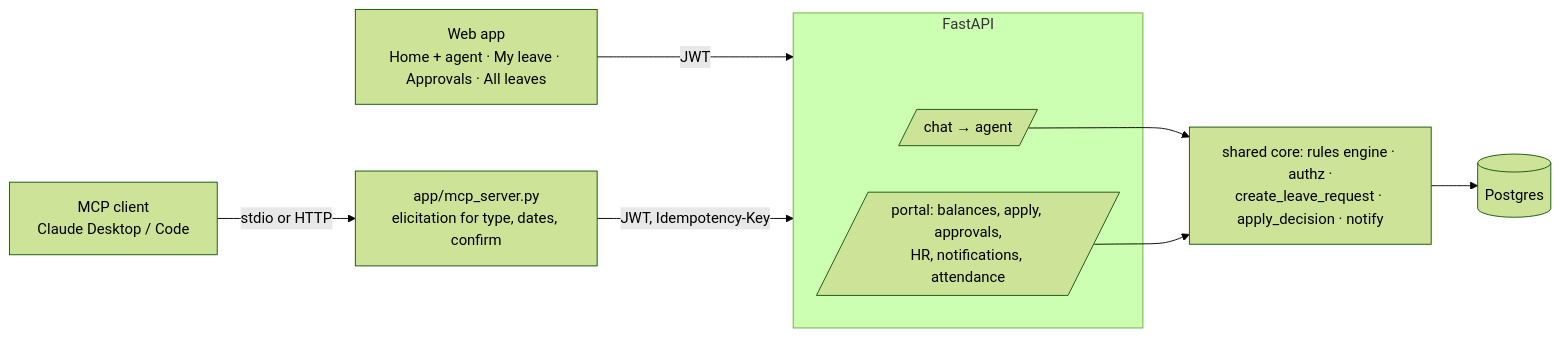
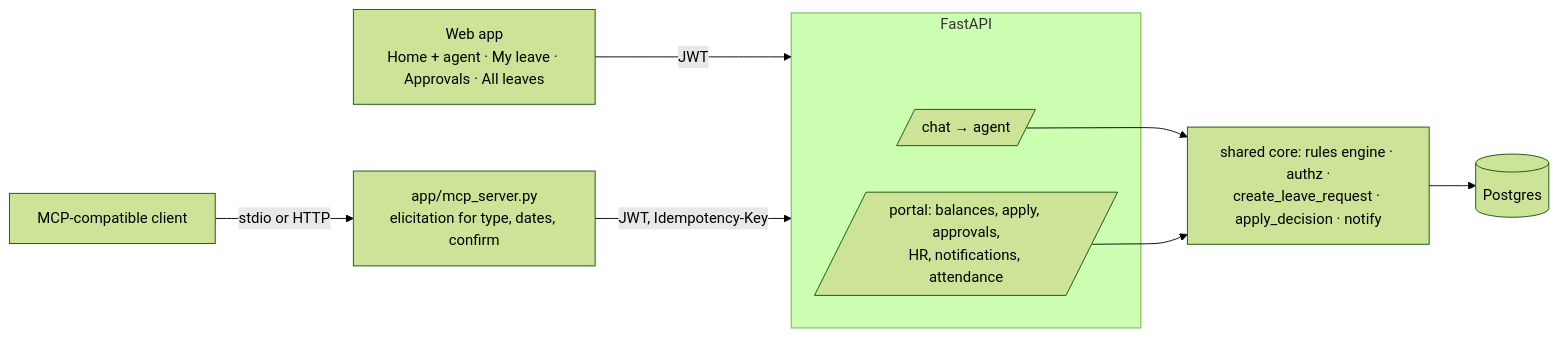
One commit to mfslovely/people-lens changed the second of 2 diagrams in docs/ARCHITECTURE.md. Above: the diagram before and after it, drawn with Mermaid (forest theme). The commit also changed 3 other files, not shown here.

````diff
--- a/docs/ARCHITECTURE.md
+++ b/docs/ARCHITECTURE.md
@@ -100,12 +100,12 @@
 ```mermaid
 flowchart LR
   WEB[Web app<br/>Home + agent · My leave · Approvals · All leaves] -->|JWT| API
-  MCPC[MCP client<br/>Claude Desktop / Code] -->|stdio or HTTP| MCPS[app/mcp_server.py<br/>elicitation for type, dates, confirm]
+  MCPC[MCP-compatible client] -->|stdio or HTTP| MCPS[app/mcp_server.py<br/>elicitation for type, dates, confirm]
   MCPS -->|JWT, Idempotency-Key| API
   subgraph API[FastAPI]
     CHAT[/chat → agent/]
     PORTAL[/portal: balances, apply, approvals,<br/>HR, notifications, attendance/]
   end
   CHAT & PORTAL --> CORE[shared core: rules engine · authz ·<br/>create_leave_request · apply_decision · notify]
   CORE --> DB[(Postgres)]
 ```
````
